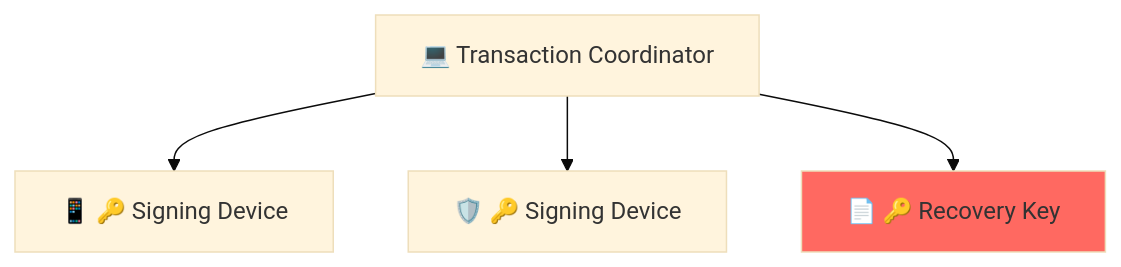
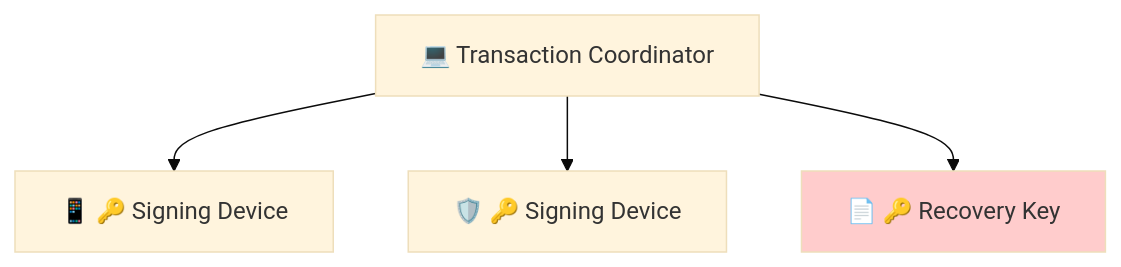
Before and after one commit to BlockchainCommons/SmartCustody: the first of 16 diagrams in Docs/Scenario-Multisig.md, drawn with Mermaid.

````diff
--- a/Docs/Scenario-Multisig.md
+++ b/Docs/Scenario-Multisig.md
@@ -18,13 +18,13 @@
 ```mermaid
 %%{init: {'theme': 'base', 'themeVariables': { 'fontSize': '50'}}}%%
     graph TD;
     A["💻 Transaction Coordinator"]
     B["📱 🔑 Signing Device"]
     C["🛡️ 🔑 Signing Device"]
     D["📄 🔑 Recovery Key"]
     A-->B;
     A-->C;
     A-->D;
     
-style D fill:#ff6961;
+style D fill:#ffcccc;
 ```
````
